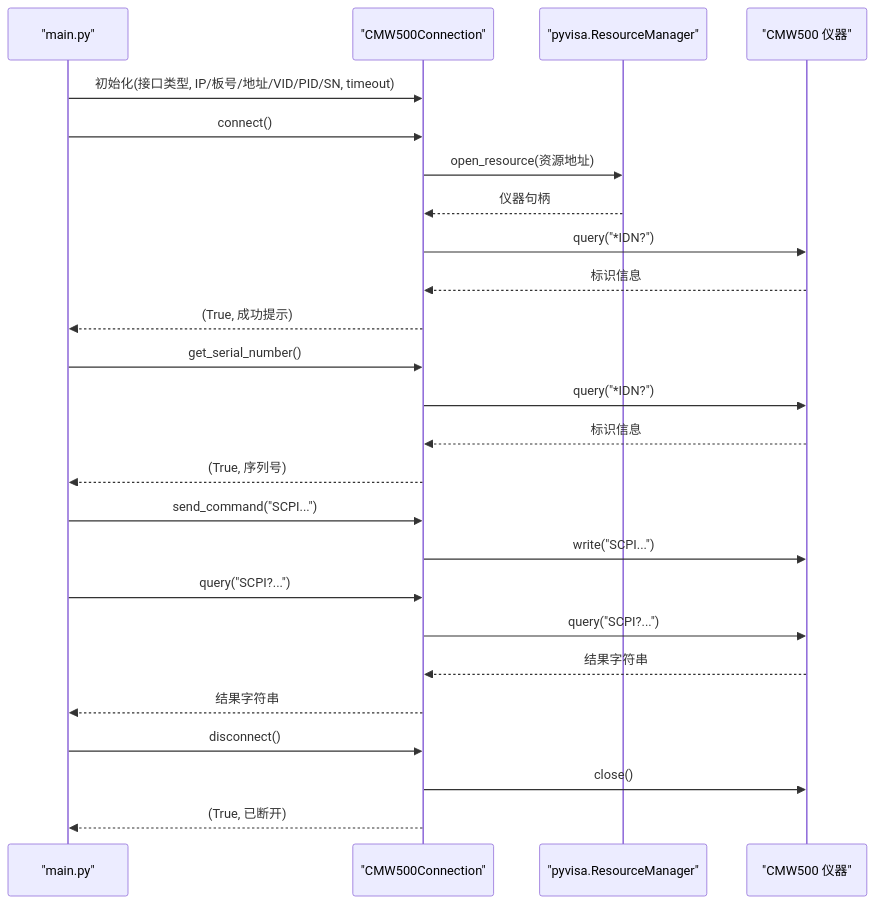
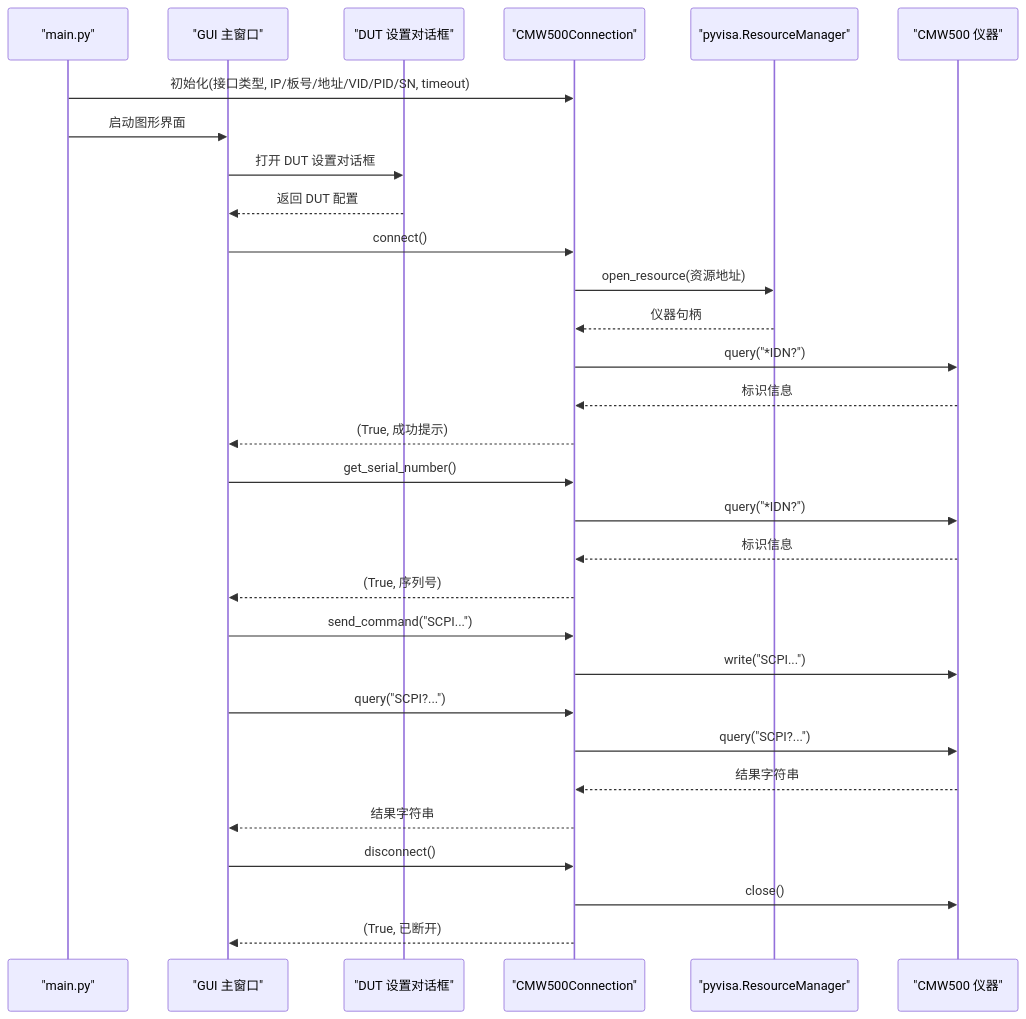
One commit to TTaO0928/CMW500_BLE_Test_release changed the second of 7 diagrams in .qoder/repowiki/zh/content/API 参考文档/仪器连接 API.md. Above: the diagram before and after it, drawn with Mermaid. The commit also changed other lines of this file and 2082 other files, not shown here.

````diff
--- a/.qoder/repowiki/zh/content/API 参考文档/仪器连接 API.md
+++ b/.qoder/repowiki/zh/content/API 参考文档/仪器连接 API.md
@@ -72,27 +96,32 @@
 ```mermaid
 sequenceDiagram
 participant App as "main.py"
+participant GUI as "GUI 主窗口"
+participant DUT as "DUT 设置对话框"
 participant Conn as "CMW500Connection"
 participant VISA as "pyvisa.ResourceManager"
 participant Instr as "CMW500 仪器"
 App->>Conn : 初始化(接口类型, IP/板号/地址/VID/PID/SN, timeout)
-App->>Conn : connect()
+App->>GUI : 启动图形界面
+GUI->>DUT : 打开 DUT 设置对话框
+DUT-->>GUI : 返回 DUT 配置
+GUI->>Conn : connect()
 Conn->>VISA : open_resource(资源地址)
 VISA-->>Conn : 仪器句柄
 Conn->>Instr : query("*IDN?")
 Instr-->>Conn : 标识信息
-Conn-->>App : (True, 成功提示)
-App->>Conn : get_serial_number()
+Conn-->>GUI : (True, 成功提示)
+GUI->>Conn : get_serial_number()
 Conn->>Instr : query("*IDN?")
 Instr-->>Conn : 标识信息
-Conn-->>App : (True, 序列号)
-App->>Conn : send_command("SCPI...")
+Conn-->>GUI : (True, 序列号)
+GUI->>Conn : send_command("SCPI...")
 Conn->>Instr : write("SCPI...")
-App->>Conn : query("SCPI?...")
+GUI->>Conn : query("SCPI?...")
 Conn->>Instr : query("SCPI?...")
 Instr-->>Conn : 结果字符串
-Conn-->>App : 结果字符串
-App->>Conn : disconnect()
+Conn-->>GUI : 结果字符串
+GUI->>Conn : disconnect()
 Conn->>Instr : close()
-Conn-->>App : (True, 已断开)
+Conn-->>GUI : (True, 已断开)
 ```
````
